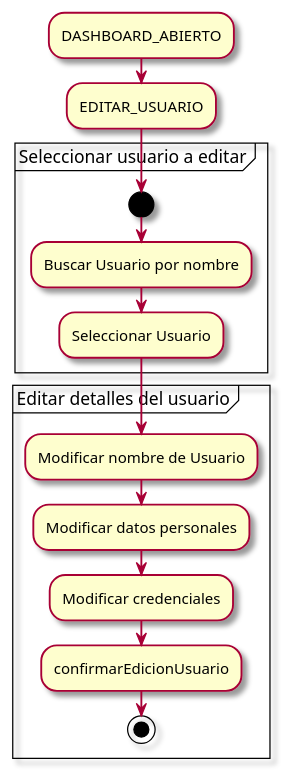
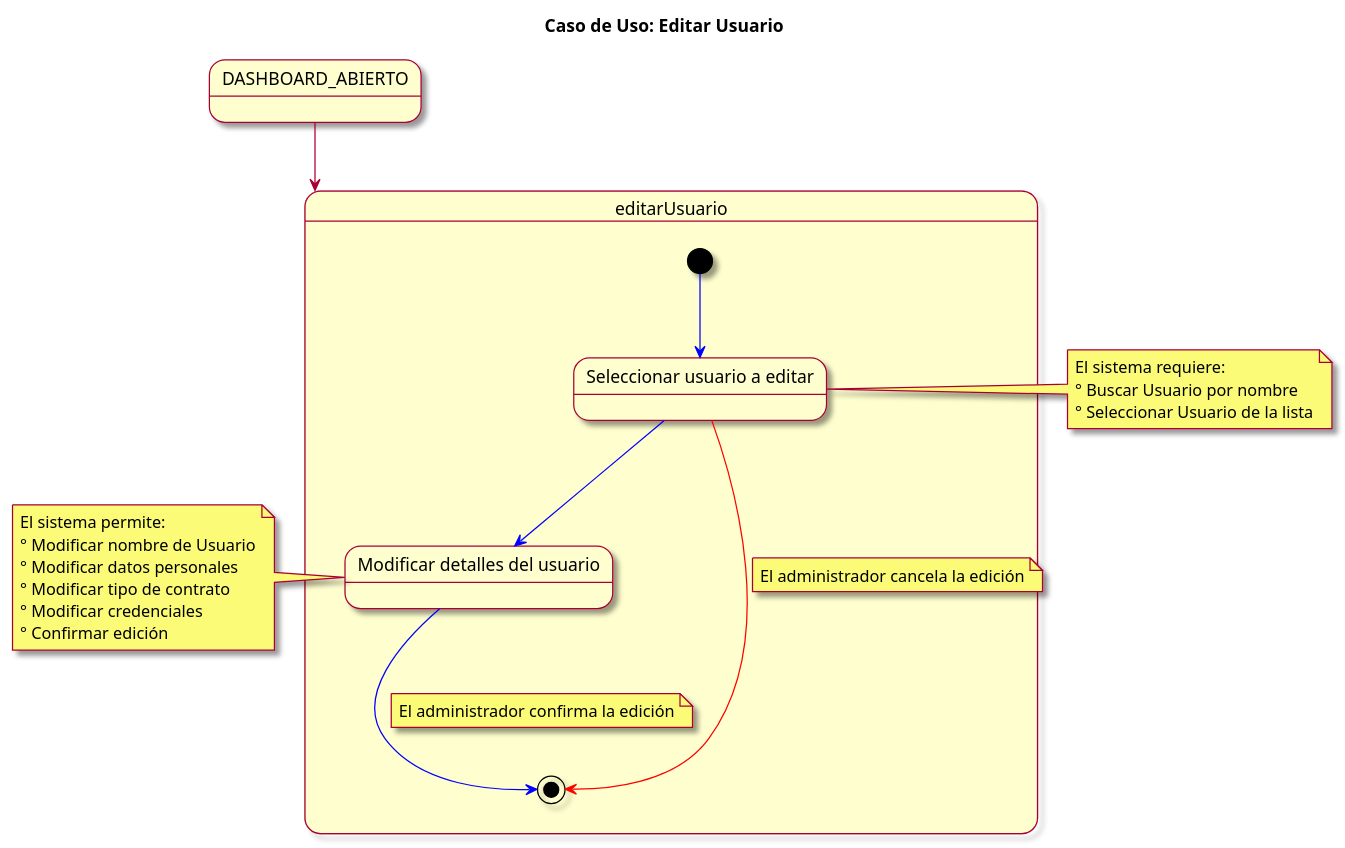
One commit to mmasias/23-24-IdSw1-SDR changed the diagram in modelosUML/casosDeUso/detalles/editarUsuario.puml. Above: the diagram before and after it, drawn with PlantUML.

```diff
--- a/modelosUML/casosDeUso/detalles/editarUsuario.puml
+++ b/modelosUML/casosDeUso/detalles/editarUsuario.puml
@@ -1,22 +1,36 @@
-@startuml Editar informacion de un usuario
+@startuml
 skin rose
+title Caso de Uso: Editar Usuario
 
-:DASHBOARD_ABIERTO;
-:EDITAR_USUARIO;
+state DASHBOARD_ABIERTO
 
-partition "Seleccionar usuario a editar" {
-  start
-  :Buscar Usuario por nombre;
-  :Seleccionar Usuario;
+DASHBOARD_ABIERTO --> editarUsuario
+
+state editarUsuario {
+  [*] -[#blue]-> seleccionarUsuario
+  state "Seleccionar usuario a editar" as seleccionarUsuario
+  seleccionarUsuario -[#blue]-> modificarDetallesUsuario
+  state "Modificar detalles del usuario" as modificarDetallesUsuario
+  modificarDetallesUsuario -[#blue]-> [*]
+  note on link: El administrador confirma la edición
   
+  seleccionarUsuario -[#red]-> [*]
+  note on link: El administrador cancela la edición
 }
 
-partition "Editar detalles del usuario" {
-  :Modificar nombre de Usuario;
-  :Modificar datos personales;
-  :Modificar credenciales;
-  :confirmarEdicionUsuario;
-  stop
-}
+note left of modificarDetallesUsuario
+  El sistema permite:
+  ° Modificar nombre de Usuario
+  ° Modificar datos personales
+  ° Modificar tipo de contrato
+  ° Modificar credenciales
+  ° Confirmar edición
+end note
+
+note left of seleccionarUsuario
+  El sistema requiere:
+  ° Buscar Usuario por nombre
+  ° Seleccionar Usuario de la lista
+end note
 
 @enduml
```
